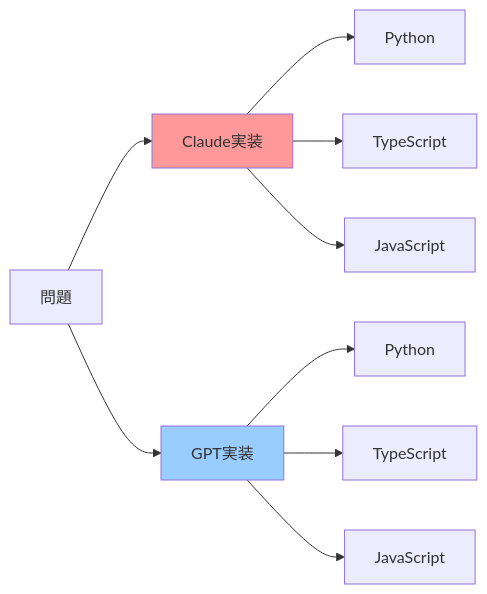
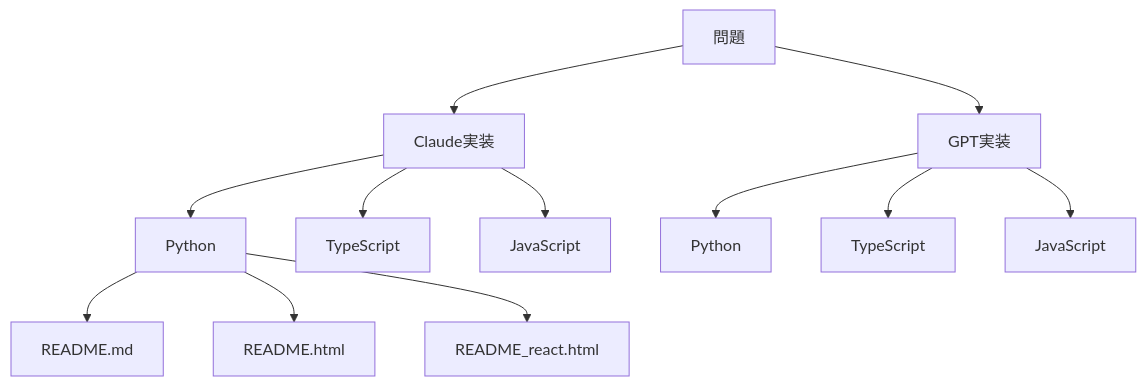
The first of 3 diagrams in README.md (myoshi2891/Algorithm-DataStructures-Math-SQL), drawn with Mermaid before and after one commit. The commit also changed other lines of this file, not shown here.

````diff
--- a/README.md
+++ b/README.md
@@ -59,16 +87,14 @@
 ```mermaid
-graph LR
+graph TD
     A[問題] --> B[Claude実装]
     A --> C[GPT実装]
-
-    B --> B1[Python]
-    B --> B2[TypeScript]
-    B --> B3[JavaScript]
-
-    C --> C1[Python]
-    C --> C2[TypeScript]
-    C --> C3[JavaScript]
-
-    style B fill:#ff9999
-    style C fill:#99ccff
+    B --> D[Python]
+    B --> E[TypeScript]
+    B --> F[JavaScript]
+    C --> G[Python]
+    C --> H[TypeScript]
+    C --> I[JavaScript]
+    D --> J[README.md]
+    D --> K[README.html]
+    D --> L[README_react.html]
 ```
````
